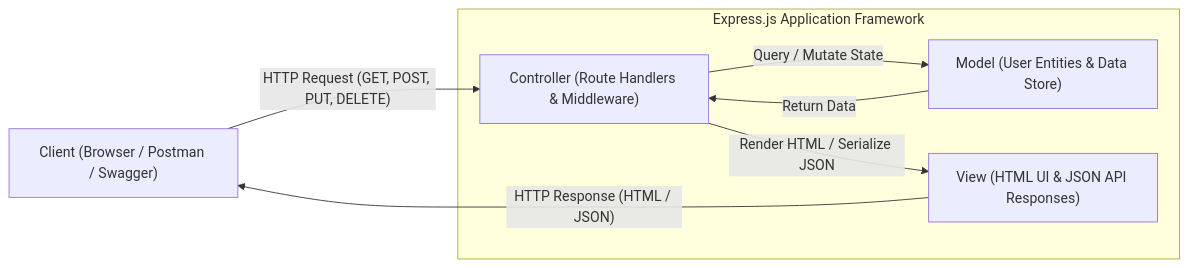
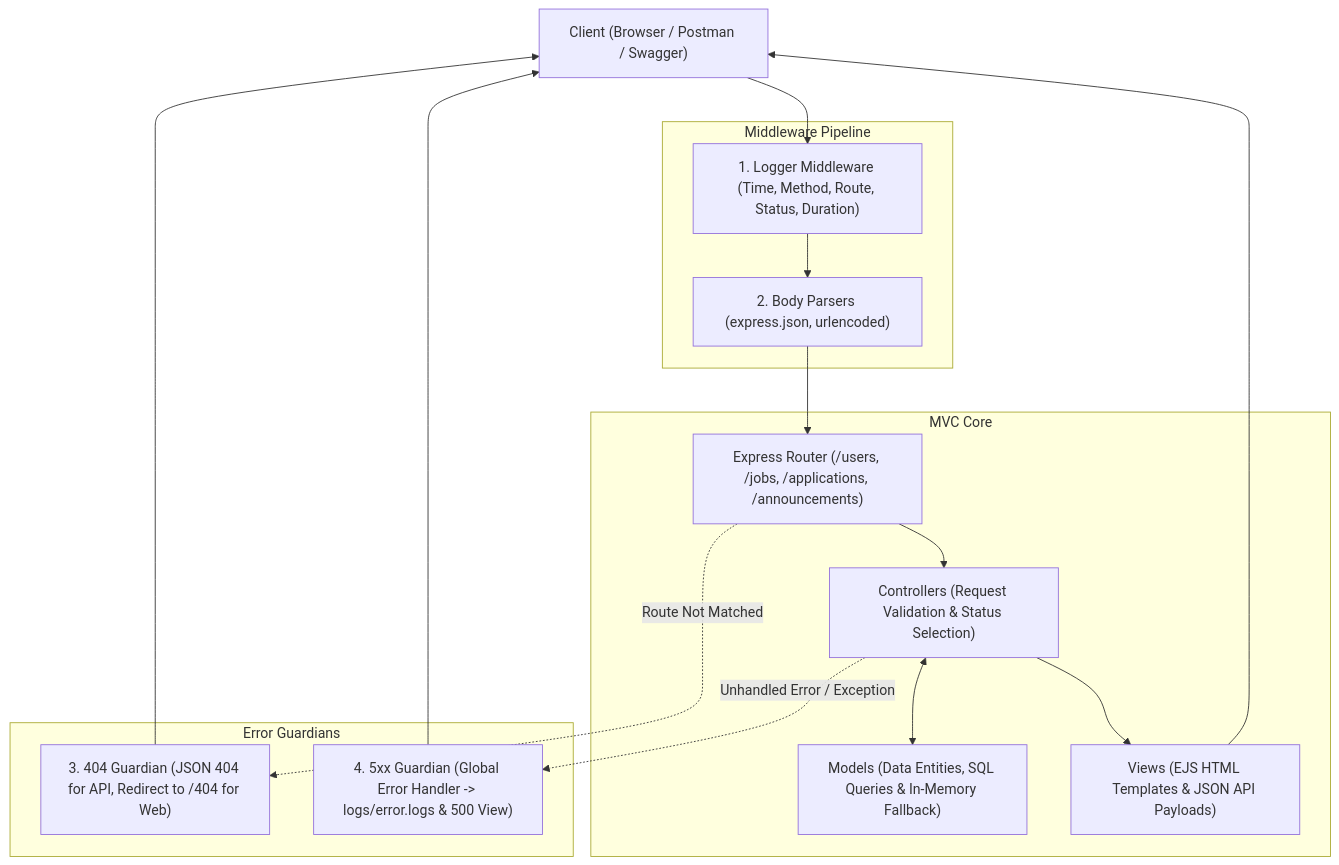
The first of 2 diagrams in README.md (sevvalsudet/alumni), drawn with Mermaid before and after one commit. The commit also changed other lines of this file, not shown here.

Commit message:
docs(readme): update README with middleware pipeline, error handling, and Week 7 project structure

````diff
--- a/README.md
+++ b/README.md
@@ -53,16 +44,27 @@
 ```mermaid
-flowchart LR
+flowchart TD
     Client["Client (Browser / Postman / Swagger)"]
     
-    subgraph Express_App ["Express.js Application Framework"]
-        Controller["Controller (Route Handlers & Middleware)"]
-        Model["Model (User Entities & Data Store)"]
-        View["View (HTML UI & JSON API Responses)"]
+    subgraph Middlewares ["Middleware Pipeline"]
+        Logger["1. Logger Middleware (Time, Method, Route, Status, Duration)"]
+        Parser["2. Body Parsers (express.json, urlencoded)"]
     end
     
-    Client -->|"HTTP Request (GET, POST, PUT, DELETE)"| Controller
-    Controller -->|"Query / Mutate State"| Model
-    Model -->|"Return Data"| Controller
-    Controller -->|"Render HTML / Serialize JSON"| View
-    View -->|"HTTP Response (HTML / JSON)"| Client
+    subgraph MVC ["MVC Core"]
+        Router["Express Router (/users, /jobs, /applications, /announcements)"]
+        Controller["Controllers (Request Validation & Status Selection)"]
+        Model["Models (Data Entities, SQL Queries & In-Memory Fallback)"]
+        View["Views (EJS HTML Templates & JSON API Payloads)"]
+    end
+    
+    subgraph Guardians ["Error Guardians"]
+        NotFound["3. 404 Guardian (JSON 404 for API, Redirect to /404 for Web)"]
+        ServerError["4. 5xx Guardian (Global Error Handler -> logs/error.logs & 500 View)"]
+    end
+
+    Client --> Logger --> Parser --> Router --> Controller
+    Controller <--> Model
+    Controller --> View --> Client
+    Router -.->|"Route Not Matched"| NotFound --> Client
+    Controller -.->|"Unhandled Error / Exception"| ServerError --> Client
 ```
````
